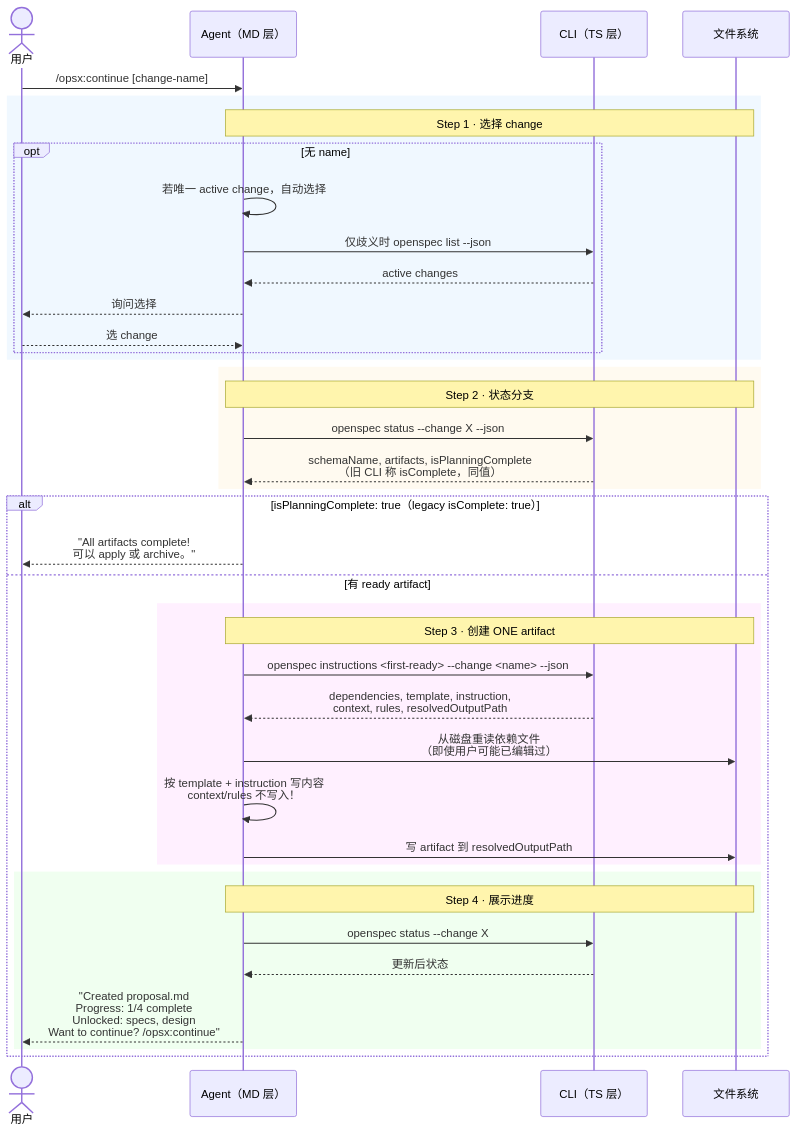
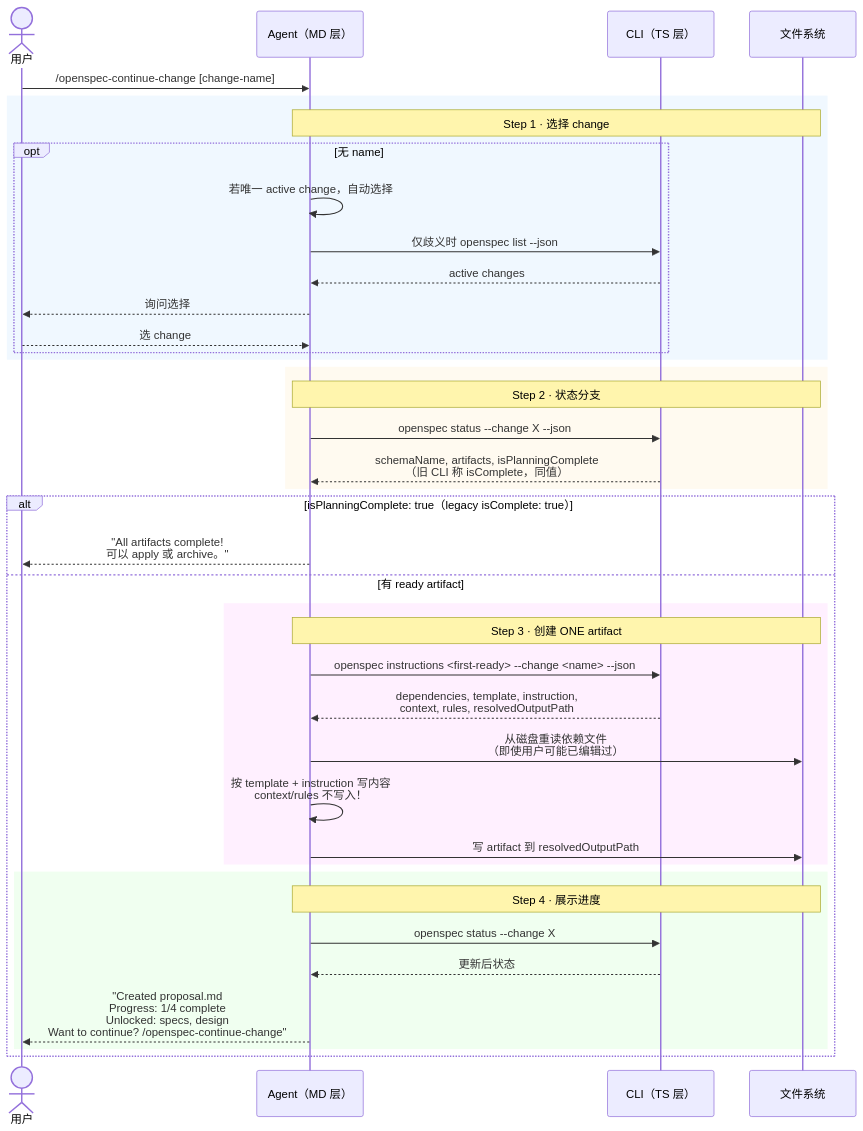
One commit to ethan-jiang-3/OpenSpec changed the diagram in _digested/workflows/04-continue.md. Above: the diagram before and after it, drawn with Mermaid. The commit also changed other lines of this file and 63 other files, not shown here.

````diff
--- a/_digested/workflows/04-continue.md
+++ b/_digested/workflows/04-continue.md
@@ -60,46 +60,46 @@
 ```mermaid
 sequenceDiagram
     actor User as 用户
     participant MD as Agent（MD 层）
     participant TS as CLI（TS 层）
     participant FS as 文件系统
 
-    User->>MD: /opsx:continue [change-name]
+    User->>MD: /openspec-continue-change [change-name]
 
     rect rgb(240, 248, 255)
         Note over MD,FS: Step 1 · 选择 change
         opt 无 name
             MD->>MD: 若唯一 active change，自动选择
             MD->>TS: 仅歧义时 openspec list --json
             TS-->>MD: active changes
             MD-->>User: 询问选择
             User-->>MD: 选 change
         end
     end
 
     rect rgb(255, 250, 240)
         Note over MD,FS: Step 2 · 状态分支
         MD->>TS: openspec status --change X --json
         TS-->>MD: schemaName, artifacts, isPlanningComplete<br/>（旧 CLI 称 isComplete，同值）
     end
 
     alt isPlanningComplete: true（legacy isComplete: true）
         MD-->>User: "All artifacts complete!<br/>可以 apply 或 archive。"
     else 有 ready artifact
         rect rgb(255, 240, 255)
             Note over MD,FS: Step 3 · 创建 ONE artifact
             MD->>TS: openspec instructions <first-ready> --change <name> --json
             TS-->>MD: dependencies, template, instruction,<br/>context, rules, resolvedOutputPath
             MD->>FS: 从磁盘重读依赖文件<br/>（即使用户可能已编辑过）
             MD->>MD: 按 template + instruction 写内容<br/>context/rules 不写入！
             MD->>FS: 写 artifact 到 resolvedOutputPath
         end
 
         rect rgb(240, 255, 240)
             Note over MD,FS: Step 4 · 展示进度
             MD->>TS: openspec status --change X
             TS-->>MD: 更新后状态
-            MD-->>User: "Created proposal.md<br/>Progress: 1/4 complete<br/>Unlocked: specs, design<br/>Want to continue? /opsx:continue"
+            MD-->>User: "Created proposal.md<br/>Progress: 1/4 complete<br/>Unlocked: specs, design<br/>Want to continue? /openspec-continue-change"
         end
     end
 ```
````
